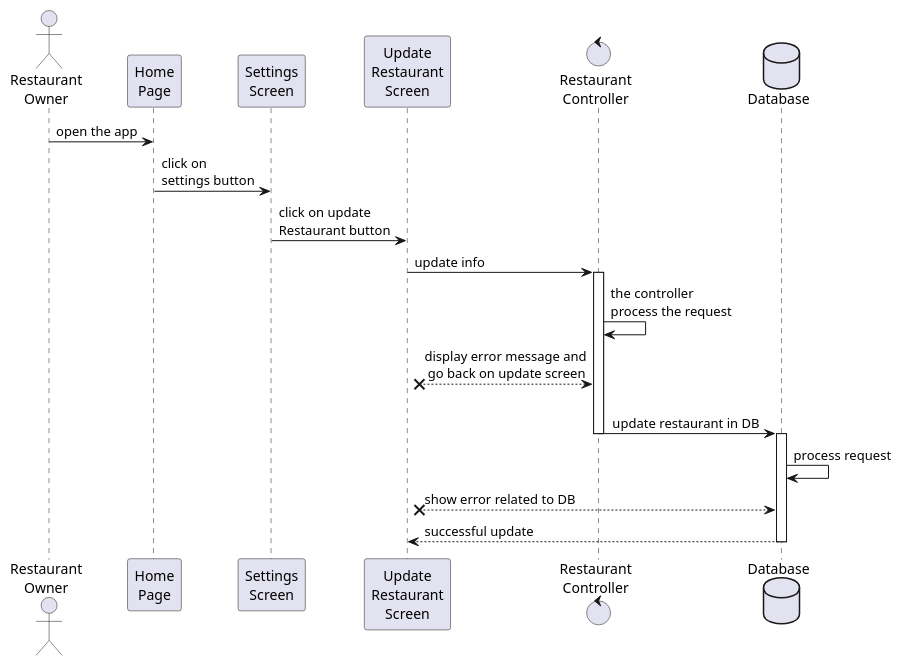
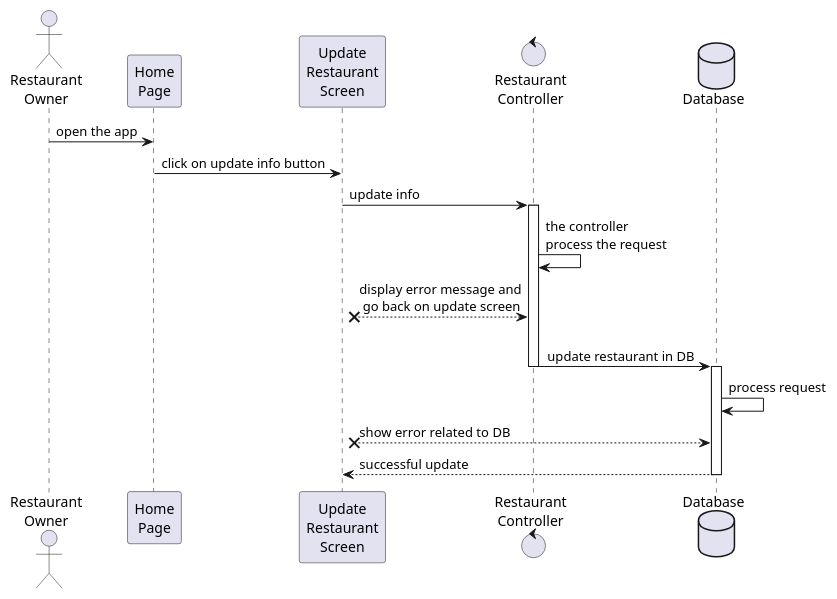
One commit to TommasoScalici/FoodDelivery changed the diagram in src/main/java/unipa/fooddelivery/diagrams/sequence/updateRestaurantInfo.wsd. Above: the diagram before and after it, drawn with PlantUML. The commit also changed 2 other files, not shown here.

Commit message:
create displayReservations, fix updateRestaurantInfo

```diff
--- a/src/main/java/unipa/fooddelivery/diagrams/sequence/updateRestaurantInfo.wsd
+++ b/src/main/java/unipa/fooddelivery/diagrams/sequence/updateRestaurantInfo.wsd
@@ -1,29 +1,27 @@
 @startuml updateRegister
 
 actor "Restaurant\nOwner" as Owner
 participant "Home\nPage" as HomePage
-participant "Settings\nScreen" as Settings
 participant "Update\nRestaurant\nScreen" as UpdateScreen
 control "Restaurant\nController" as RestaurantController
 database Database
 
 Owner -> HomePage: open the app
-HomePage -> Settings: click on\nsettings button
-Settings -> UpdateScreen: click on update\nRestaurant button
+HomePage -> UpdateScreen: click on update info button
 UpdateScreen -> RestaurantController: update info
 
 activate RestaurantController
 RestaurantController -> RestaurantController: the controller\nprocess the request
 UpdateScreen x-- RestaurantController: display error message and\n go back on update screen
 RestaurantController -> Database: \n  update restaurant in DB
 deactivate RestaurantController
 
 activate Database
 Database -> Database: process request
 UpdateScreen x-- Database: show error related to DB
 UpdateScreen <-- Database: successful update
 deactivate Database
 
 
 
 @enduml
```
